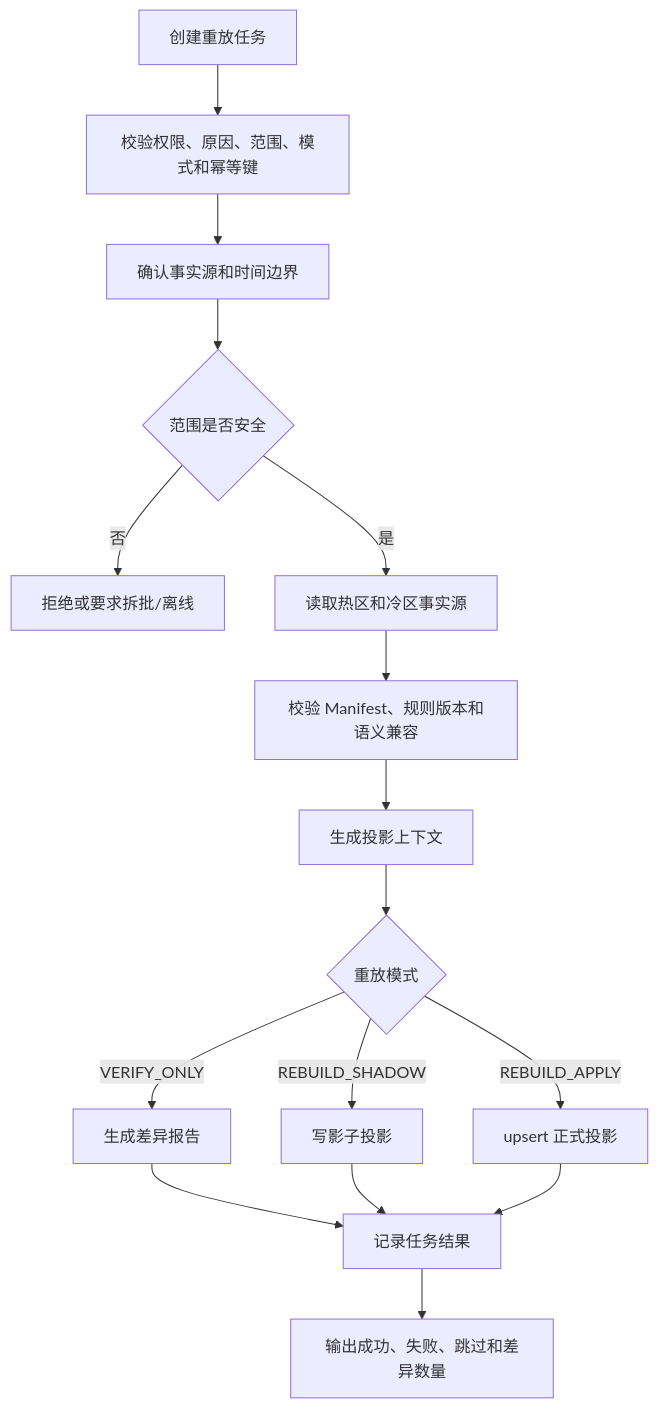
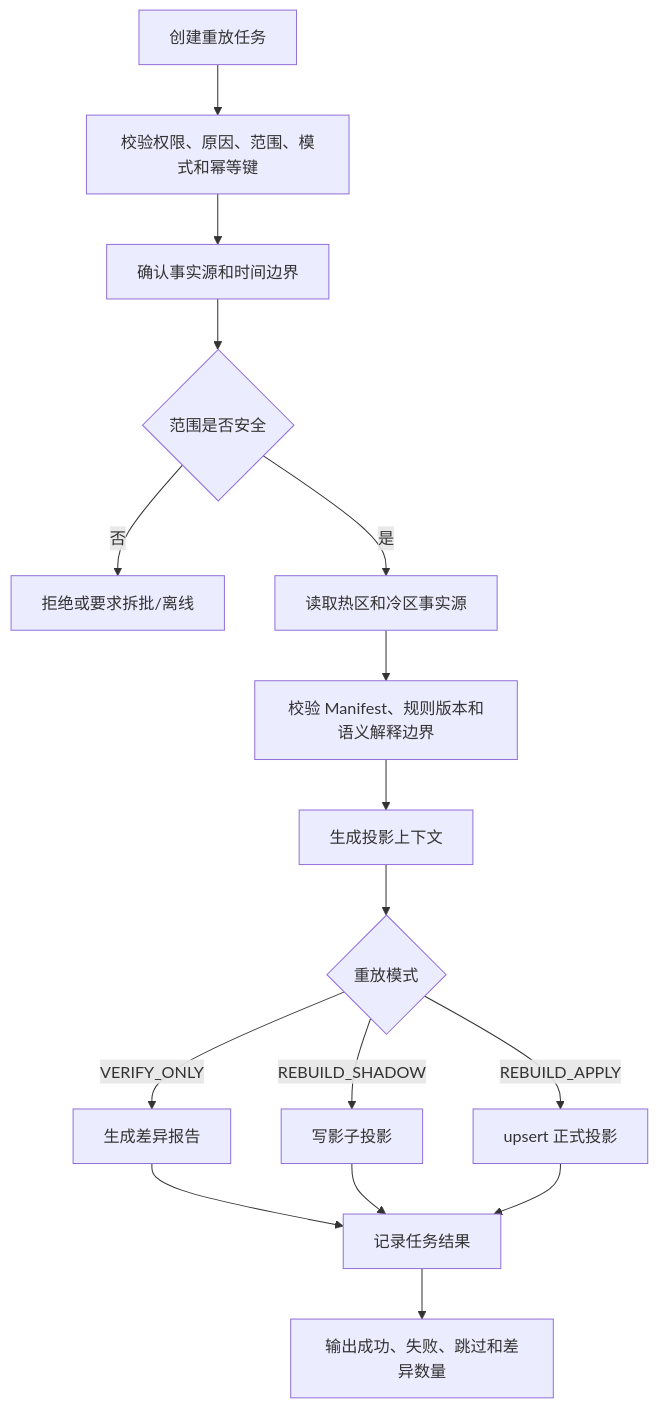
The fifth of 5 diagrams in docs/产品设计/04-归档重放与指标治理.md (fengwuxp/wind-funds), drawn with Mermaid before and after one commit. The commit also changed other lines of this file and 16 other files, not shown here.

````diff
--- a/docs/产品设计/04-归档重放与指标治理.md
+++ b/docs/产品设计/04-归档重放与指标治理.md
@@ -350,18 +350,18 @@
 ```mermaid
 flowchart TD
     A["创建重放任务"] --> B["校验权限、原因、范围、模式和幂等键"]
     B --> C["确认事实源和时间边界"]
     C --> D{"范围是否安全"}
     D -- "否" --> E["拒绝或要求拆批/离线"]
     D -- "是" --> F["读取热区和冷区事实源"]
-    F --> G["校验 Manifest、规则版本和语义兼容"]
+    F --> G["校验 Manifest、规则版本和语义解释边界"]
     G --> H["生成投影上下文"]
     H --> I{"重放模式"}
     I -- "VERIFY_ONLY" --> J["生成差异报告"]
     I -- "REBUILD_SHADOW" --> K["写影子投影"]
     I -- "REBUILD_APPLY" --> L["upsert 正式投影"]
     J --> M["记录任务结果"]
     K --> M
     L --> M
     M --> N["输出成功、失败、跳过和差异数量"]
 ```
````
